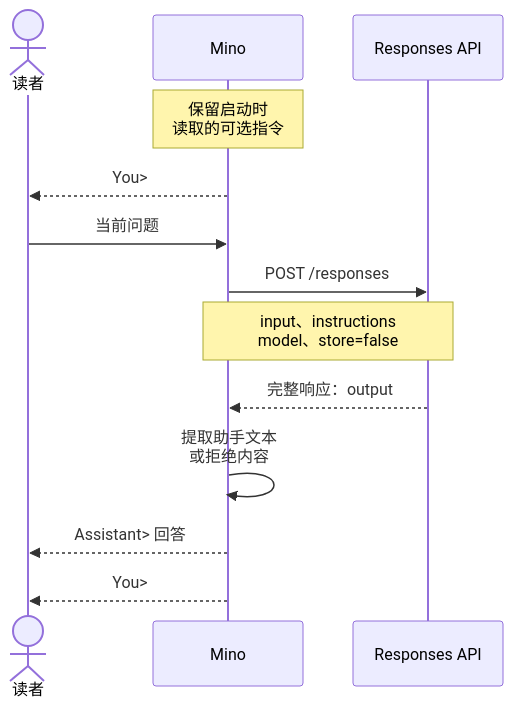
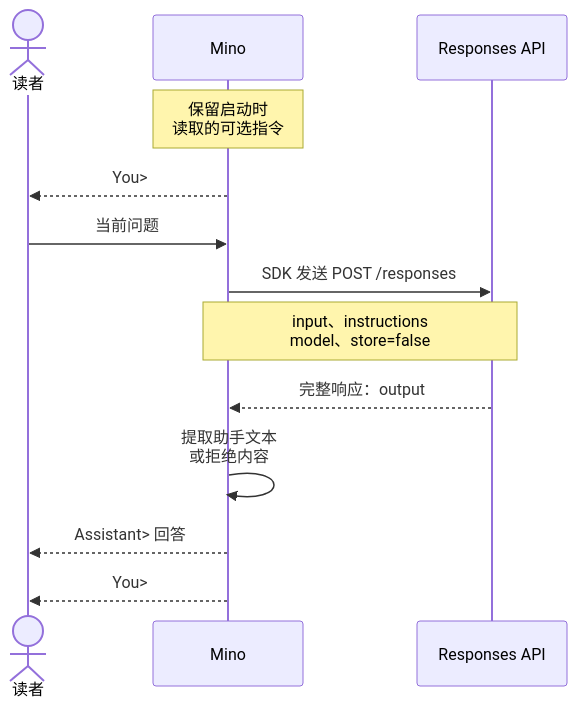
The diagram in docs/books/zh/chapters/01-terminal-chat.md (qshine/mino), drawn with Mermaid before and after one commit. The commit also changed other lines of this file and 36 other files, not shown here.

Commit message:
refactor: rebuild chapter 01 with internal packages and OpenAI SDK

````diff
--- a/docs/books/zh/chapters/01-terminal-chat.md
+++ b/docs/books/zh/chapters/01-terminal-chat.md
@@ -36,17 +36,17 @@
 ```mermaid
 sequenceDiagram
     accTitle: 一条问题经过 Mino 的路径
-    accDescr: Mino 在启动时保留可选指令，提示读者输入问题，将当前输入发送给 Responses API，从完整响应中提取助手文本，显示后再次提示输入。
+    accDescr: Mino 在启动时保留可选指令，提示读者输入问题，通过 OpenAI Go SDK 将当前输入发送给 Responses API，从完整响应中提取助手文本，显示后再次提示输入。
     actor User as 读者
     participant Mino as Mino
     participant API as Responses API
     Note over Mino: 保留启动时<br/>读取的可选指令
     Mino-->>User: You>
     User->>Mino: 当前问题
-    Mino->>API: POST /responses
+    Mino->>API: SDK 发送 POST /responses
     Note over Mino,API: input、instructions<br/>model、store=false
     API-->>Mino: 完整响应：output
     Mino->>Mino: 提取助手文本<br/>或拒绝内容
     Mino-->>User: Assistant> 回答
     Mino-->>User: You>
 ```
````
